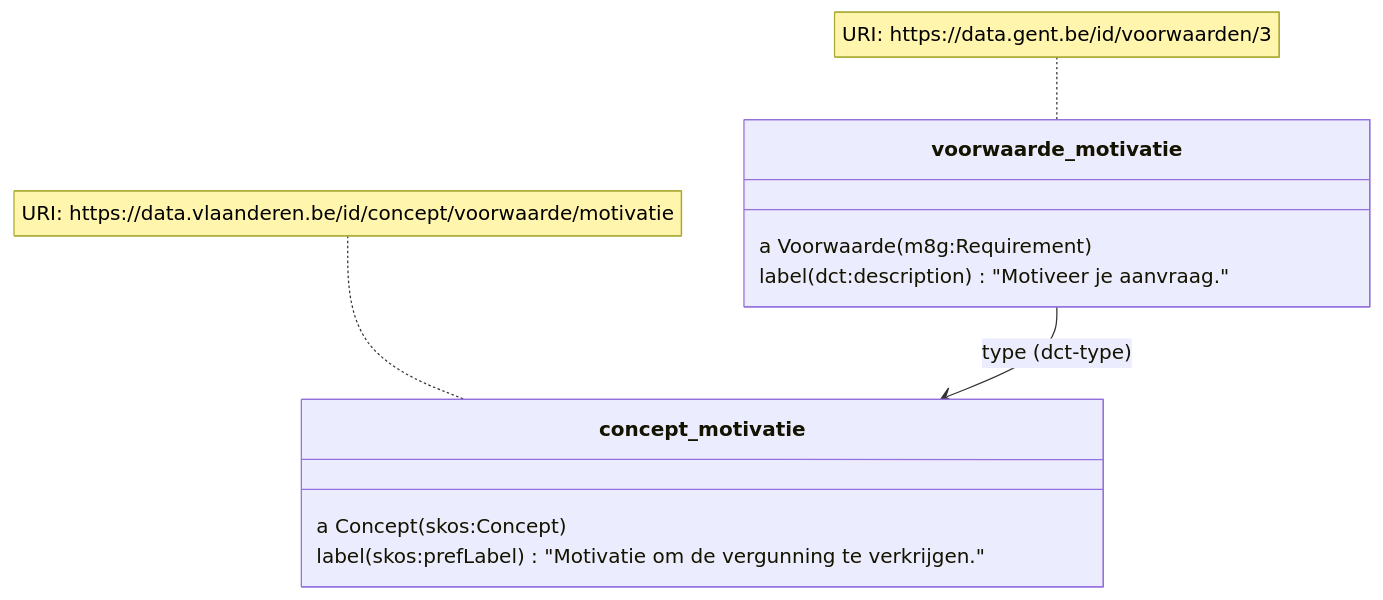
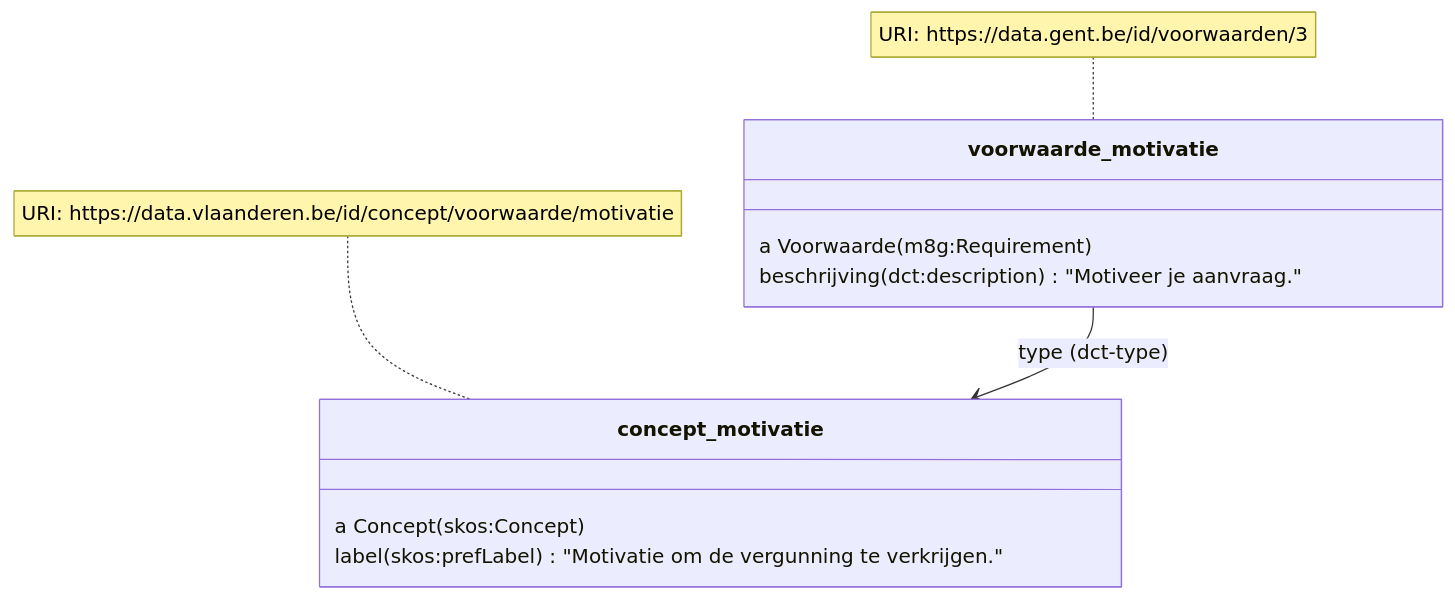
One commit to lblod/implementatiemodel-citerra changed the third of 4 diagrams in README.md. Above: the diagram before and after it, drawn with Mermaid. The commit also changed other lines of this file, not shown here.

````diff
--- a/README.md
+++ b/README.md
@@ -110,14 +110,14 @@
 ```mermaid
 classDiagram
     voorwaarde_motivatie --> concept_motivatie: type (dct-type)
     note for voorwaarde_motivatie "URI: https://data.gent.be/id/voorwaarden/3"
     note for concept_motivatie "URI: https://data.vlaanderen.be/id/concept/voorwaarde/motivatie"
     class voorwaarde_motivatie {
       a Voorwaarde (m8g:Requirement)
-      label (dct:description) "Motiveer je aanvraag."
+      beschrijving (dct:description) "Motiveer je aanvraag."
     }
     class concept_motivatie {
       a Concept (skos:Concept)
       label (skos:prefLabel) "Motivatie om de vergunning te verkrijgen."
     }
 ```
````
